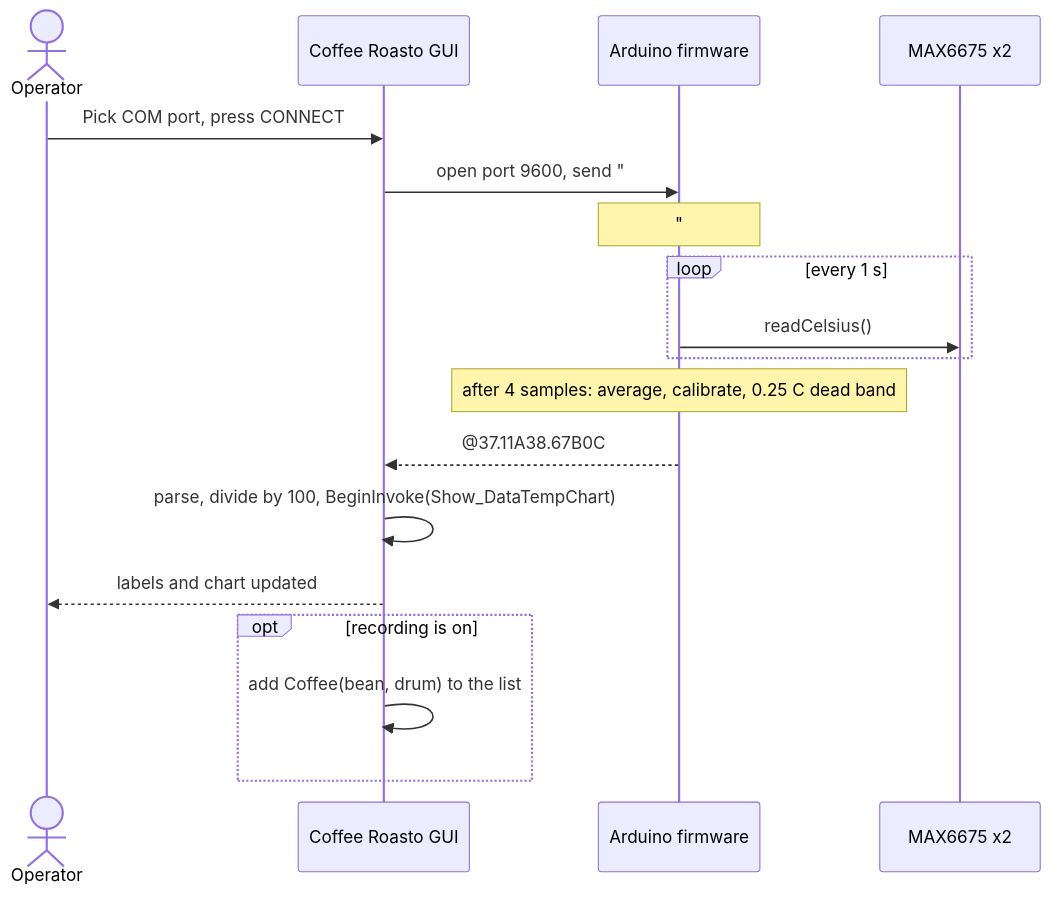
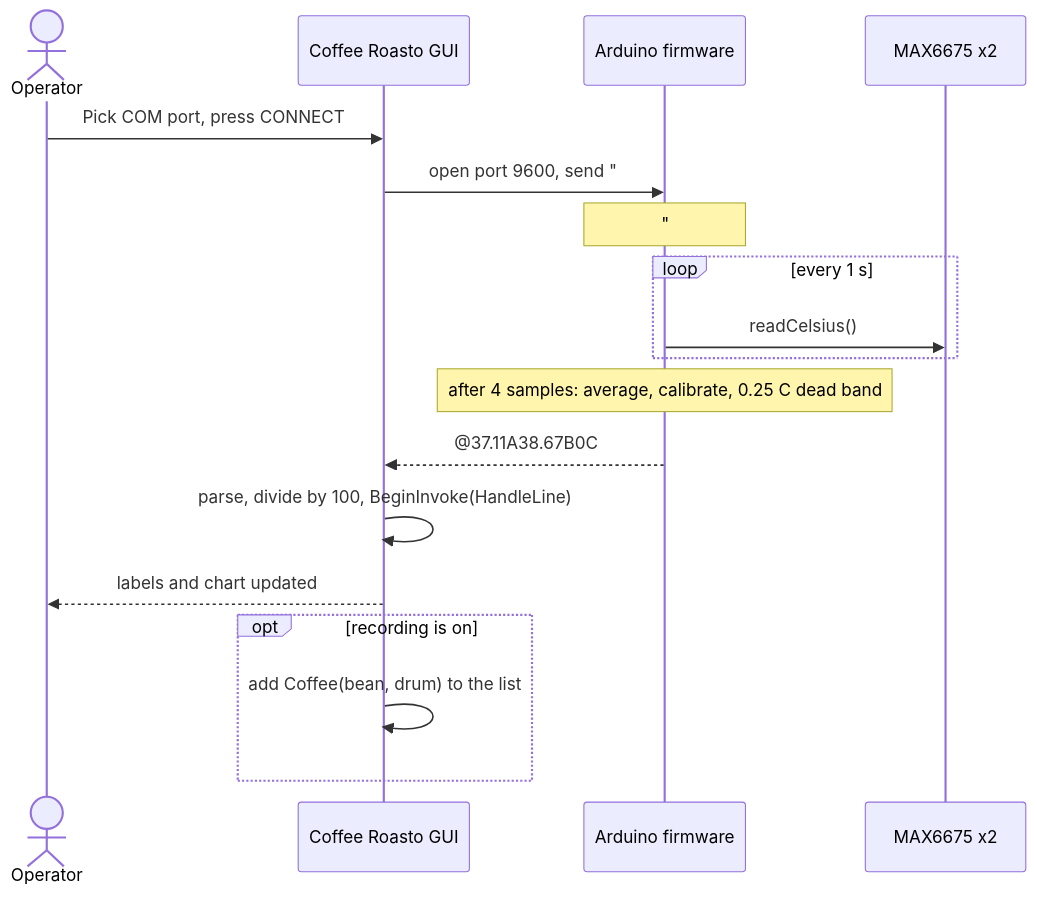
One commit to ridhwanhabib18/capstone-coffee-roasto changed the diagram in docs/en/diagrams/sequences/telemetry.mmd. Above: the diagram before and after it, drawn with Mermaid. The commit also changed 27 other files, not shown here.

```diff
--- a/docs/en/diagrams/sequences/telemetry.mmd
+++ b/docs/en/diagrams/sequences/telemetry.mmd
@@ -1,19 +1,19 @@
 sequenceDiagram
   actor Op as Operator
   participant GUI as Coffee Roasto GUI
   participant FW as Arduino firmware
   participant TC as MAX6675 x2
 
   Op->>GUI: Pick COM port, press CONNECT
   GUI->>FW: open port 9600, send "#"
   Note over FW: "#" is not a command, so it is read as set point 0 (clears old state)
   loop every 1 s
     FW->>TC: readCelsius()
   end
   Note over FW: after 4 samples: average, calibrate, 0.25 C dead band
   FW-->>GUI: @37.11A38.67B0C
-  GUI->>GUI: parse, divide by 100, BeginInvoke(Show_DataTempChart)
+  GUI->>GUI: parse, divide by 100, BeginInvoke(HandleLine)
   GUI-->>Op: labels and chart updated
   opt recording is on
     GUI->>GUI: add Coffee(bean, drum) to the list
   end
```
